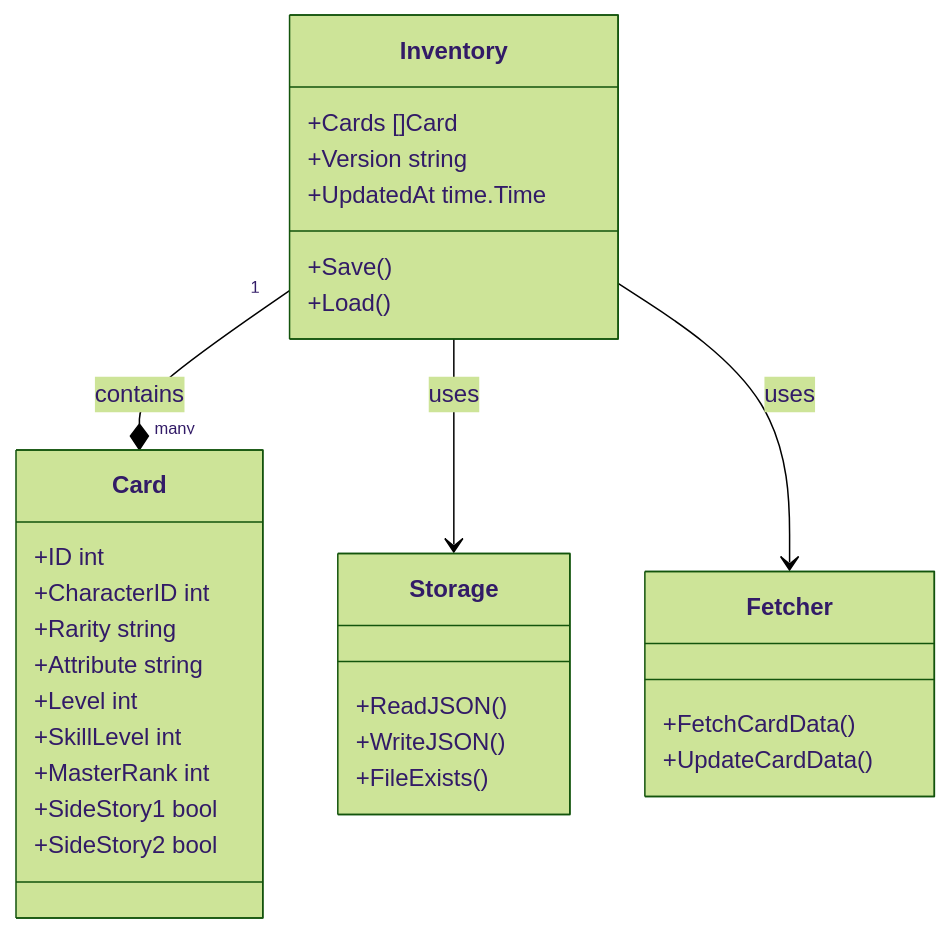
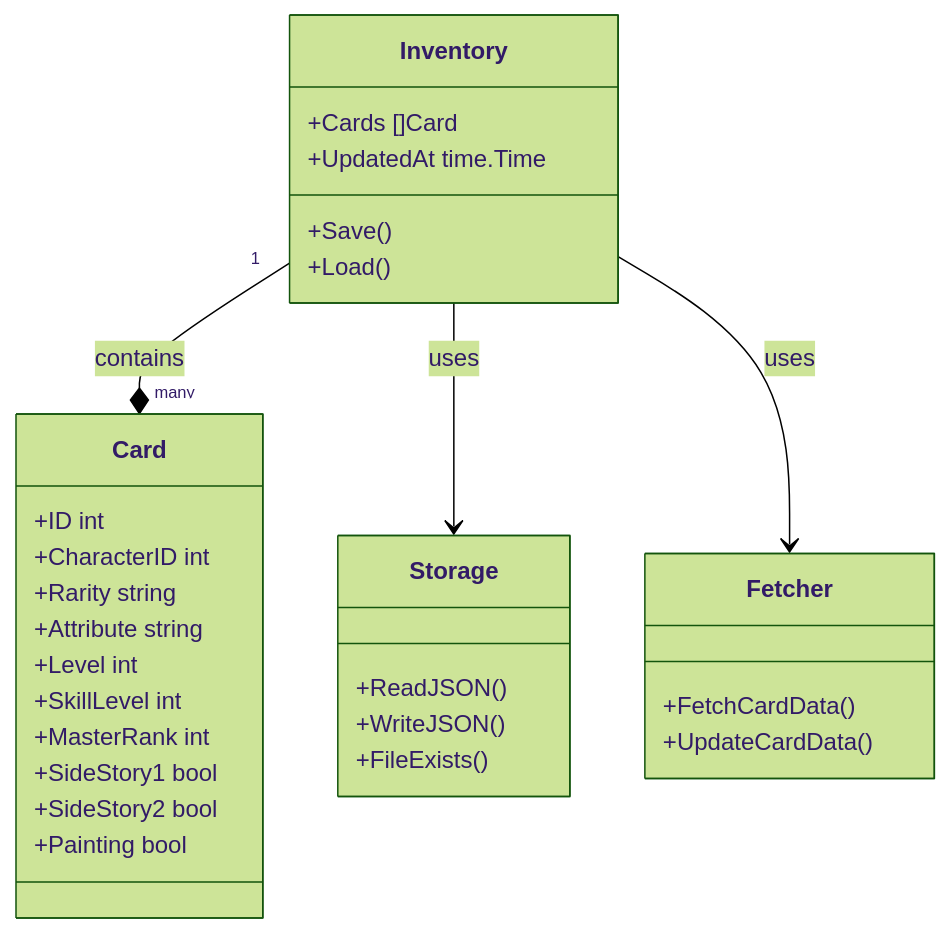
One commit to GreydonDesu/sekai-inventory changed the diagram in README.md. Above: the diagram before and after it, drawn with Mermaid (forest theme). The commit also changed other lines of this file, not shown here.

````diff
--- a/README.md
+++ b/README.md
@@ -152,37 +182,37 @@
 ```mermaid
 classDiagram
     class Card {
         +ID int
         +CharacterID int
         +Rarity string
         +Attribute string
         +Level int
         +SkillLevel int
         +MasterRank int
         +SideStory1 bool
         +SideStory2 bool
+        +Painting bool
     }
 
     class Inventory {
         +Cards []Card
-        +Version string
         +UpdatedAt time.Time
         +Save()
         +Load()
     }
 
     class Storage {
         +ReadJSON()
         +WriteJSON()
         +FileExists()
     }
 
     class Fetcher {
         +FetchCardData()
         +UpdateCardData()
     }
 
     Inventory "1" --* "many" Card : contains
     Inventory --> Storage : uses
     Inventory --> Fetcher : uses
 ```
````
